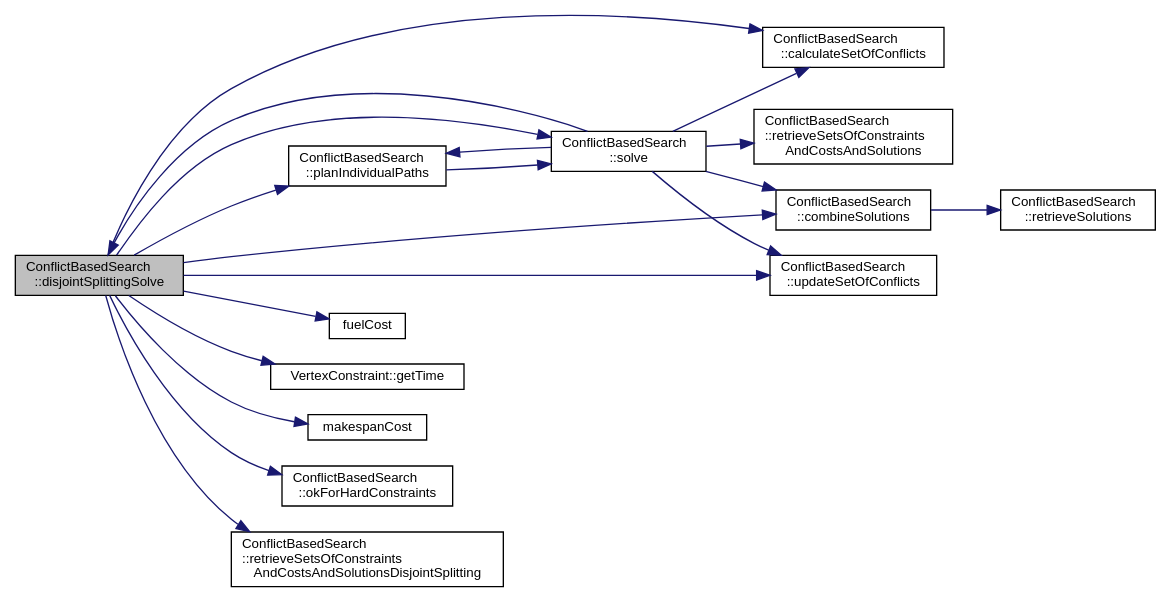
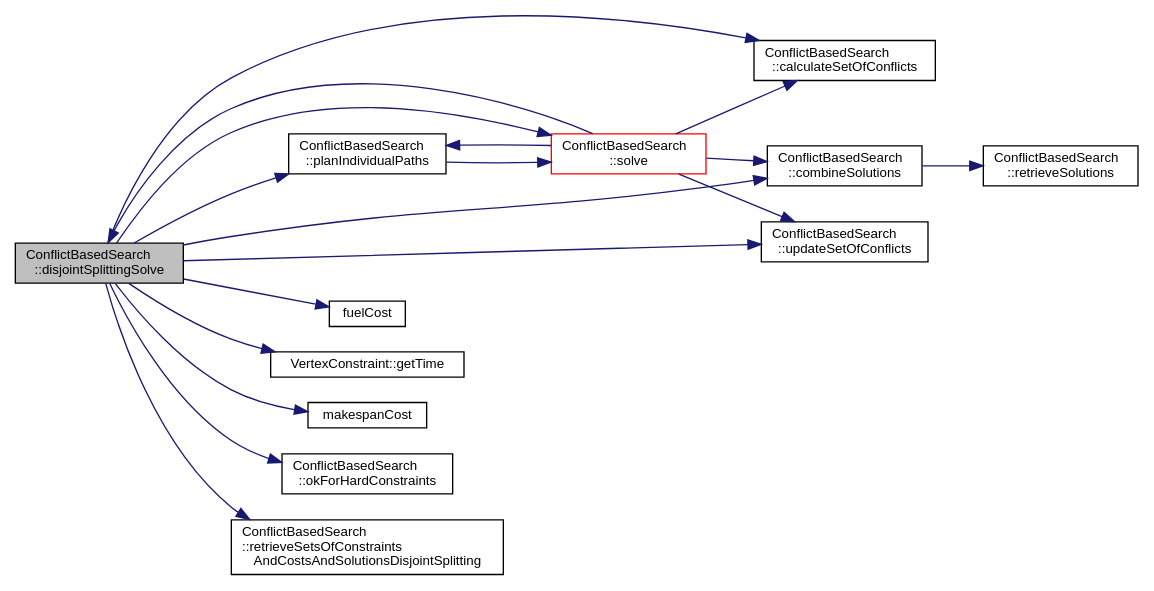
Before and after one commit to JMans15/TFE_MAPF: the diagram in classConflictBasedSearch_a1e9a1fbd7e074039fee97bc5ad4c6b55_cgraph.dot, drawn with Graphviz. The commit also changed 448 other files, not shown here.

```diff
--- a/classConflictBasedSearch_a1e9a1fbd7e074039fee97bc5ad4c6b55_cgraph.dot
+++ b/classConflictBasedSearch_a1e9a1fbd7e074039fee97bc5ad4c6b55_cgraph.dot
@@ -1,39 +1,37 @@
 digraph "ConflictBasedSearch::disjointSplittingSolve"
 {
  // INTERACTIVE_SVG=YES
  // LATEX_PDF_SIZE
   edge [fontname="Helvetica",fontsize="10",labelfontname="Helvetica",labelfontsize="10"];
   node [fontname="Helvetica",fontsize="10",shape=record];
   rankdir="LR";
   Node1 [label="ConflictBasedSearch\l::disjointSplittingSolve",height=0.2,width=0.4,color="black", fillcolor="grey75", style="filled", fontcolor="black",tooltip=" "];
   Node1 -> Node2 [color="midnightblue",fontsize="10",style="solid",fontname="Helvetica"];
   Node2 [label="ConflictBasedSearch\l::calculateSetOfConflicts",height=0.2,width=0.4,color="black", fillcolor="white", style="filled",URL="$classConflictBasedSearch.html#a6070f03e97d9e3ea822f5ed1a0bfe9a1",tooltip=" "];
   Node1 -> Node3 [color="midnightblue",fontsize="10",style="solid",fontname="Helvetica"];
   Node3 [label="ConflictBasedSearch\l::combineSolutions",height=0.2,width=0.4,color="black", fillcolor="white", style="filled",URL="$classConflictBasedSearch.html#a6d17a328ed4bd26bf58503a87761164c",tooltip=" "];
   Node3 -> Node4 [color="midnightblue",fontsize="10",style="solid",fontname="Helvetica"];
   Node4 [label="ConflictBasedSearch\l::retrieveSolutions",height=0.2,width=0.4,color="black", fillcolor="white", style="filled",URL="$classConflictBasedSearch.html#a3a9f295491df3b7ceec1b1d2ce7bacf3",tooltip=" "];
   Node1 -> Node5 [color="midnightblue",fontsize="10",style="solid",fontname="Helvetica"];
   Node5 [label="fuelCost",height=0.2,width=0.4,color="black", fillcolor="white", style="filled",URL="$Solution_8cpp.html#a1668e5fa72e047531e95f29f5deaf233",tooltip=" "];
   Node1 -> Node6 [color="midnightblue",fontsize="10",style="solid",fontname="Helvetica"];
   Node6 [label="VertexConstraint::getTime",height=0.2,width=0.4,color="black", fillcolor="white", style="filled",URL="$classVertexConstraint.html#ae4a5ede3e21dcbc4dec0060a90682c15",tooltip=" "];
   Node1 -> Node7 [color="midnightblue",fontsize="10",style="solid",fontname="Helvetica"];
   Node7 [label="makespanCost",height=0.2,width=0.4,color="black", fillcolor="white", style="filled",URL="$Solution_8cpp.html#a88b7fad200133f09ed5879a14d0171c6",tooltip=" "];
   Node1 -> Node8 [color="midnightblue",fontsize="10",style="solid",fontname="Helvetica"];
   Node8 [label="ConflictBasedSearch\l::okForHardConstraints",height=0.2,width=0.4,color="black", fillcolor="white", style="filled",URL="$classConflictBasedSearch.html#a9a97b362b4e2df901352732921975454",tooltip=" "];
   Node1 -> Node9 [color="midnightblue",fontsize="10",style="solid",fontname="Helvetica"];
   Node9 [label="ConflictBasedSearch\l::planIndividualPaths",height=0.2,width=0.4,color="black", fillcolor="white", style="filled",URL="$classConflictBasedSearch.html#a2d4ce8cb5d44727d73f4489b39ad1d54",tooltip=" "];
   Node9 -> Node10 [color="midnightblue",fontsize="10",style="solid",fontname="Helvetica"];
-  Node10 [label="ConflictBasedSearch\l::solve",height=0.2,width=0.4,color="black", fillcolor="white", style="filled",URL="$classConflictBasedSearch.html#a6aadc55f462faad9ce67903a59b96c62",tooltip=" "];
+  Node10 [label="ConflictBasedSearch\l::solve",height=0.2,width=0.4,color="red", fillcolor="white", style="filled",URL="$classConflictBasedSearch.html#a6aadc55f462faad9ce67903a59b96c62",tooltip=" "];
   Node10 -> Node2 [color="midnightblue",fontsize="10",style="solid",fontname="Helvetica"];
   Node10 -> Node3 [color="midnightblue",fontsize="10",style="solid",fontname="Helvetica"];
   Node10 -> Node1 [color="midnightblue",fontsize="10",style="solid",fontname="Helvetica"];
   Node10 -> Node9 [color="midnightblue",fontsize="10",style="solid",fontname="Helvetica"];
-  Node10 -> Node11 [color="midnightblue",fontsize="10",style="solid",fontname="Helvetica"];
-  Node11 [label="ConflictBasedSearch\l::retrieveSetsOfConstraints\lAndCostsAndSolutions",height=0.2,width=0.4,color="black", fillcolor="white", style="filled",URL="$classConflictBasedSearch.html#adfcf0b5e67e17a8eada77fed4ed4ea20",tooltip=" "];
   Node10 -> Node12 [color="midnightblue",fontsize="10",style="solid",fontname="Helvetica"];
   Node12 [label="ConflictBasedSearch\l::updateSetOfConflicts",height=0.2,width=0.4,color="black", fillcolor="white", style="filled",URL="$classConflictBasedSearch.html#a727a9172ea3f3fbf4eca9f247d3f5356",tooltip=" "];
   Node1 -> Node13 [color="midnightblue",fontsize="10",style="solid",fontname="Helvetica"];
   Node13 [label="ConflictBasedSearch\l::retrieveSetsOfConstraints\lAndCostsAndSolutionsDisjointSplitting",height=0.2,width=0.4,color="black", fillcolor="white", style="filled",URL="$classConflictBasedSearch.html#aeea91c6d2aa04bbd44b4f6a1382d81d4",tooltip=" "];
   Node1 -> Node10 [color="midnightblue",fontsize="10",style="solid",fontname="Helvetica"];
   Node1 -> Node12 [color="midnightblue",fontsize="10",style="solid",fontname="Helvetica"];
 }
```
